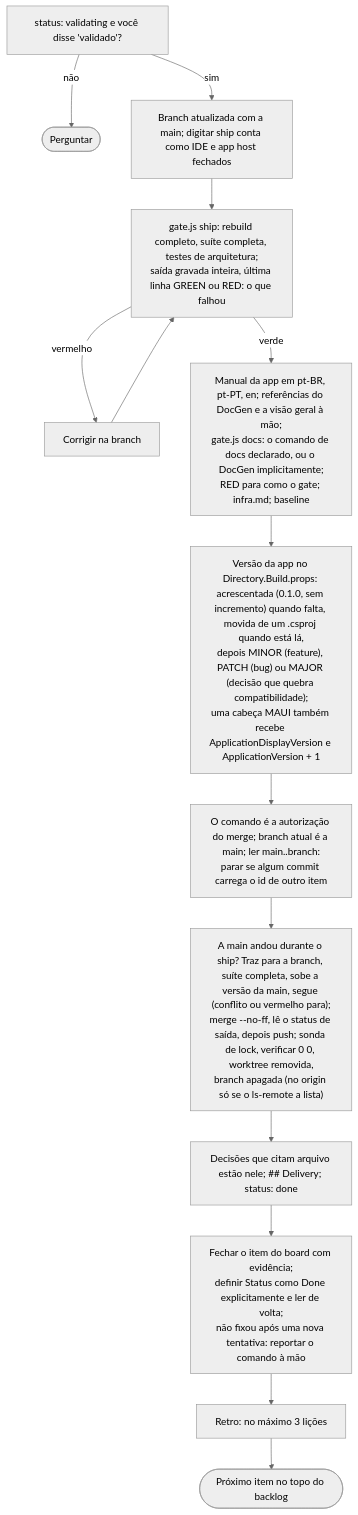
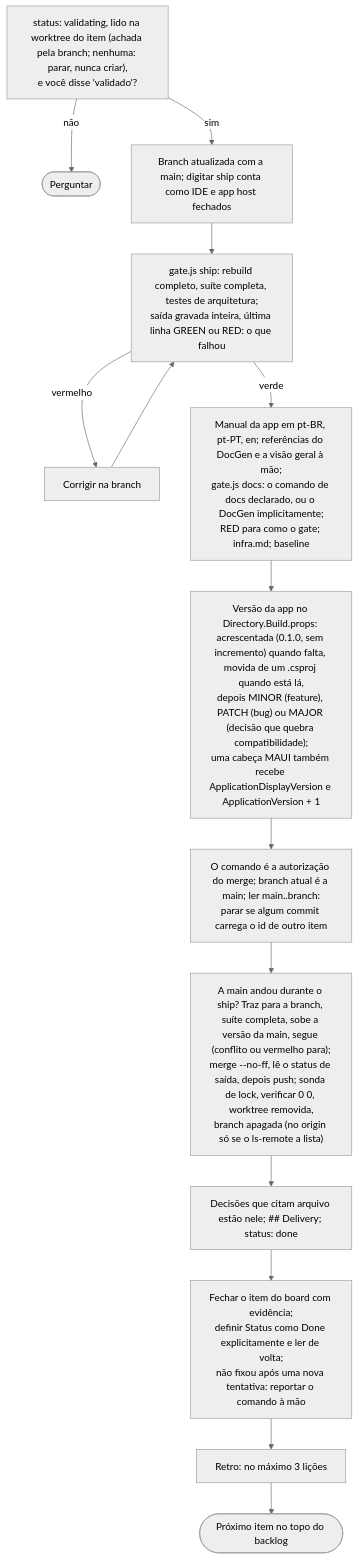
Diagram 12 of 20 in docs/agile/workflow.pt-BR.md (alexcanario/simulab), drawn with Mermaid (neutral theme) before and after one commit. The commit also changed other lines of this file and 11 other files, not shown here.

````diff
--- a/docs/agile/workflow.pt-BR.md
+++ b/docs/agile/workflow.pt-BR.md
@@ -2632,16 +2787,16 @@
 ```mermaid
 flowchart TD
-    A["status: validating e você disse 'validado'?"] -->|não| A1(["Perguntar"])
+    A["status: validating, lido na worktree do item (achada pela branch; nenhuma: parar, nunca criar),<br/>e você disse 'validado'?"] -->|não| A1(["Perguntar"])
     A -->|sim| B["Branch atualizada com a main; digitar ship conta como IDE e app host fechados"]
     B --> C["gate.js ship: rebuild completo, suíte completa, testes de arquitetura;<br/>saída gravada inteira, última linha GREEN ou RED: o que falhou"]
     C -->|vermelho| C1["Corrigir na branch"]
     C1 --> C
     C -->|verde| D["Manual da app em pt-BR, pt-PT, en; referências do DocGen e a visão geral à mão;<br/>gate.js docs: o comando de docs declarado, ou o DocGen implicitamente;<br/>RED para como o gate; infra.md; baseline"]
     D --> D1["Versão da app no Directory.Build.props: acrescentada (0.1.0, sem incremento) quando falta, movida de um .csproj quando está lá,<br/>depois MINOR (feature), PATCH (bug) ou MAJOR (decisão que quebra compatibilidade);<br/>uma cabeça MAUI também recebe ApplicationDisplayVersion e ApplicationVersion + 1"]
     D1 --> E2["O comando é a autorização do merge; branch atual é a main; ler main..branch:<br/>parar se algum commit carrega o id de outro item"]
     E2 --> F["A main andou durante o ship? Traz para a branch, suíte completa, sobe a versão da main, segue (conflito ou vermelho para);<br/>merge --no-ff, lê o status de saída, depois push; sonda de lock, verificar 0 0, worktree removida,<br/>branch apagada (no origin só se o ls-remote a lista)"]
     F --> G["Decisões que citam arquivo estão nele; ## Delivery; status: done"]
     G --> H["Fechar o item do board com evidência;<br/>definir Status como Done explicitamente e ler de volta;<br/>não fixou após uma nova tentativa: reportar o comando à mão"]
     H --> I["Retro: no máximo 3 lições"]
     I --> J(["Próximo item no topo do backlog"])
 ```
````
